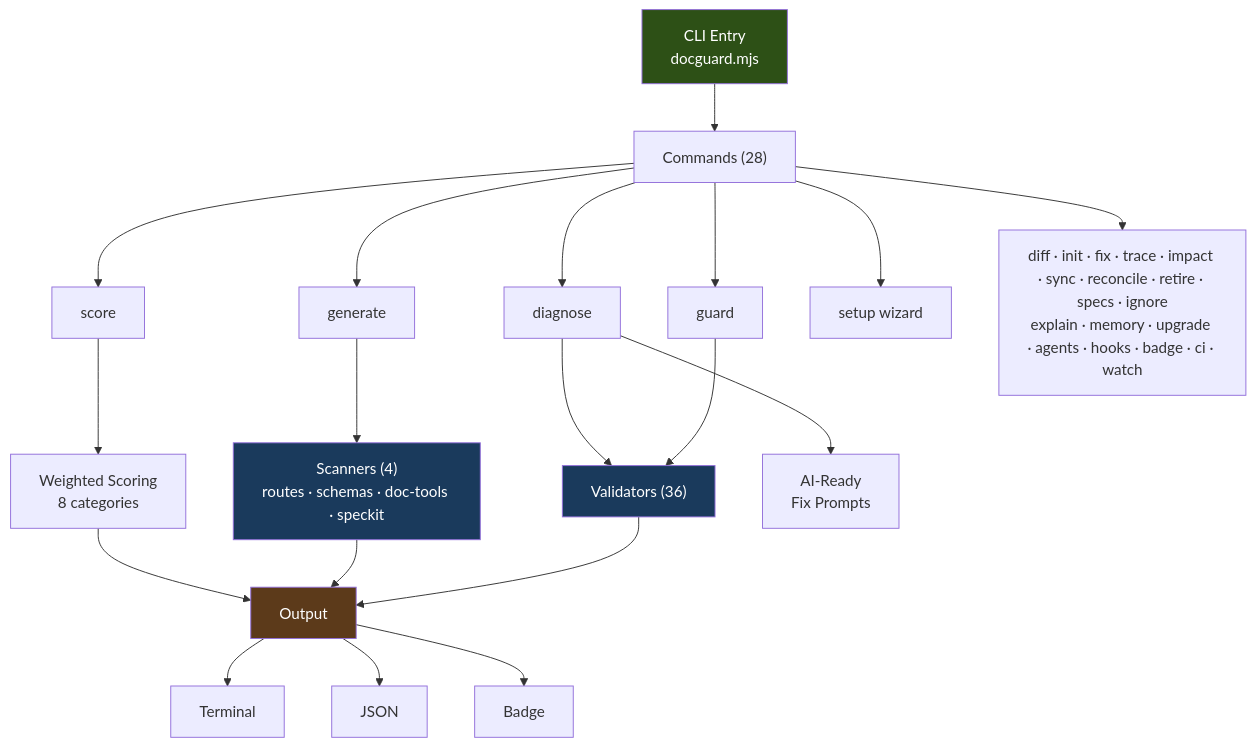
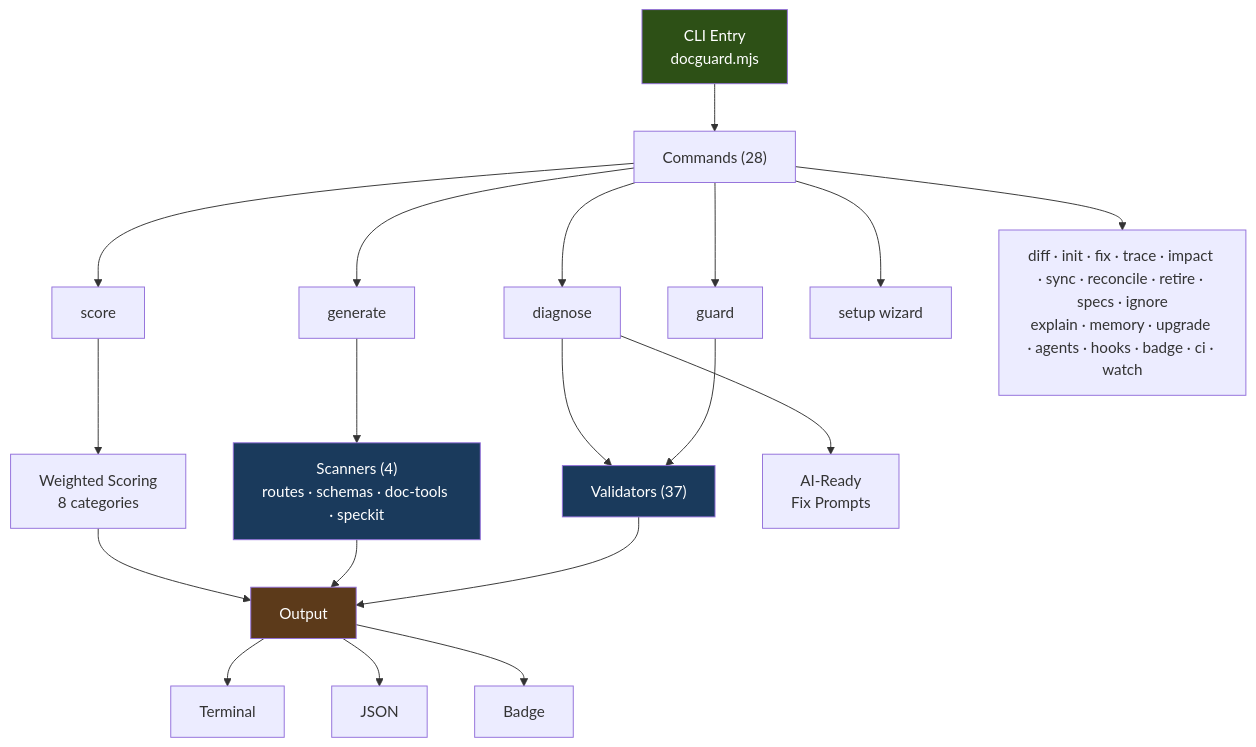
One commit to raccioly/docguard changed the diagram in README.md. Above: the diagram before and after it, drawn with Mermaid. The commit also changed other lines of this file and 47 other files, not shown here.

````diff
--- a/README.md
+++ b/README.md
@@ -79,28 +79,28 @@
 ```mermaid
 graph TD
     CLI["CLI Entry<br/>docguard.mjs"] --> Commands["Commands (28)"]
     Commands --> guard["guard"]
     Commands --> generate["generate"]
     Commands --> score["score"]
     Commands --> diagnose["diagnose"]
     Commands --> setup["setup wizard"]
     Commands --> other["diff · init · fix · trace · impact · sync · reconcile · retire · specs · ignore<br/>explain · memory · upgrade · agents · hooks · badge · ci · watch"]
 
-    guard --> Validators["Validators (36)"]
+    guard --> Validators["Validators (37)"]
     generate --> Scanners["Scanners (4)<br/>routes · schemas · doc-tools · speckit"]
     score --> Scoring["Weighted Scoring<br/>8 categories"]
     diagnose --> Validators
     diagnose --> AIPrompts["AI-Ready<br/>Fix Prompts"]
 
     Validators --> Output["Output"]
     Scanners --> Output
     Scoring --> Output
     Output --> Terminal["Terminal"]
     Output --> JSON["JSON"]
     Output --> Badge["Badge"]
 
     style CLI fill:#2d5016,color:#fff
     style Validators fill:#1a3a5c,color:#fff
     style Scanners fill:#1a3a5c,color:#fff
     style Output fill:#5c3a1a,color:#fff
 ```
````
